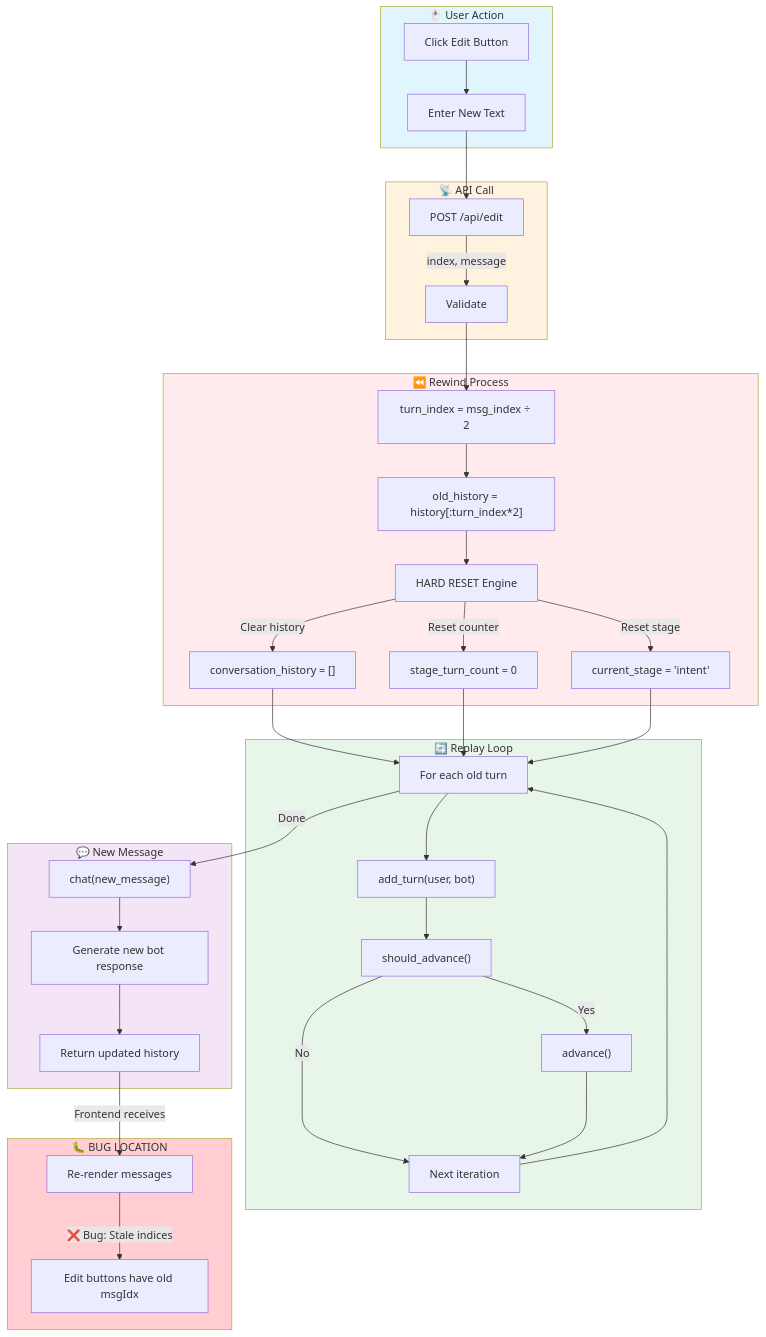
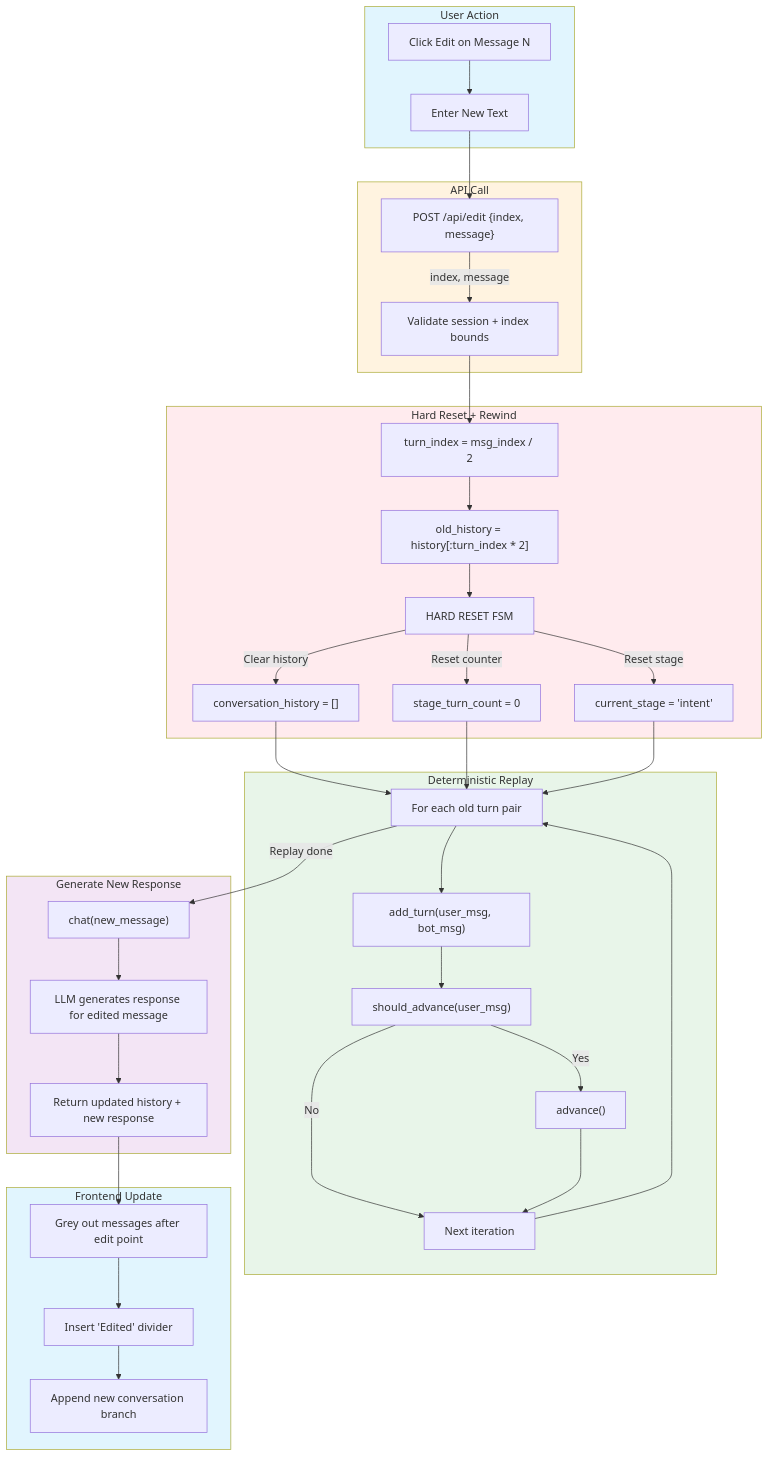
Before and after one commit to shaf-aston/FYP-sales-training-tool: the sixth of 34 diagrams in architecture diagrams.md, drawn with Mermaid. The commit also changed other lines of this file and 76 other files, not shown here.

````diff
--- a/architecture diagrams.md
+++ b/architecture diagrams.md
@@ -210,49 +267,50 @@
 ```mermaid
 flowchart TD
-    subgraph TRIGGER["🖱️ User Action"]
-        Click["Click Edit Button"]
+    subgraph TRIGGER["User Action"]
+        Click["Click Edit on Message N"]
         Click --> Modal["Enter New Text"]
     end
 
-    subgraph API["📡 API Call"]
-        Modal --> Post["POST /api/edit"]
-        Post --> |"index, message"| Validate
+    subgraph API["API Call"]
+        Modal --> Post["POST /api/edit {index, message}"]
+        Post --> |"index, message"| Validate["Validate session + index bounds"]
     end
 
-    subgraph REWIND["⏪ Rewind Process"]
-        Validate --> CalcTurn["turn_index = msg_index ÷ 2"]
-        CalcTurn --> Slice["old_history = history[:turn_index*2]"]
-        Slice --> Reset["HARD RESET Engine"]
+    subgraph REWIND["Hard Reset + Rewind"]
+        Validate --> CalcTurn["turn_index = msg_index / 2"]
+        CalcTurn --> Slice["old_history = history[:turn_index * 2]"]
+        Slice --> Reset["HARD RESET FSM"]
         Reset --> |"Clear history"| R1["conversation_history = []"]
         Reset --> |"Reset counter"| R2["stage_turn_count = 0"]
         Reset --> |"Reset stage"| R3["current_stage = 'intent'"]
     end
 
-    subgraph REPLAY["🔄 Replay Loop"]
-        R1 & R2 & R3 --> Loop["For each old turn"]
-        Loop --> AddTurn["add_turn(user, bot)"]
-        AddTurn --> CheckAdv["should_advance()"]
+    subgraph REPLAY["Deterministic Replay"]
+        R1 & R2 & R3 --> Loop["For each old turn pair"]
+        Loop --> AddTurn["add_turn(user_msg, bot_msg)"]
+        AddTurn --> CheckAdv["should_advance(user_msg)"]
         CheckAdv --> |"Yes"| Advance["advance()"]
         CheckAdv --> |"No"| NextTurn["Next iteration"]
         Advance --> NextTurn
         NextTurn --> Loop
     end
 
-    subgraph NEWMSG["💬 New Message"]
-        Loop --> |"Done"| Chat["chat(new_message)"]
-        Chat --> NewResponse["Generate new bot response"]
-        NewResponse --> Return["Return updated history"]
+    subgraph NEWMSG["Generate New Response"]
+        Loop --> |"Replay done"| Chat["chat(new_message)"]
+        Chat --> NewResponse["LLM generates response for edited message"]
+        NewResponse --> Return["Return updated history + new response"]
     end
 
-    subgraph BUG["🐛 BUG LOCATION"]
-        Return --> |"Frontend receives"| Render["Re-render messages"]
-        Render --> |"❌ Bug: Stale indices"| StaleIdx["Edit buttons have old msgIdx"]
+    subgraph RENDER["Frontend Update"]
+        Return --> Grey["Grey out messages after edit point"]
+        Grey --> Divider["Insert 'Edited' divider"]
+        Divider --> Branch["Append new conversation branch"]
     end
 
     style TRIGGER fill:#e1f5fe
     style API fill:#fff3e0
     style REWIND fill:#ffebee
     style REPLAY fill:#e8f5e9
     style NEWMSG fill:#f3e5f5
-    style BUG fill:#ffcdd2
+    style RENDER fill:#e1f5fe
 ```
````
